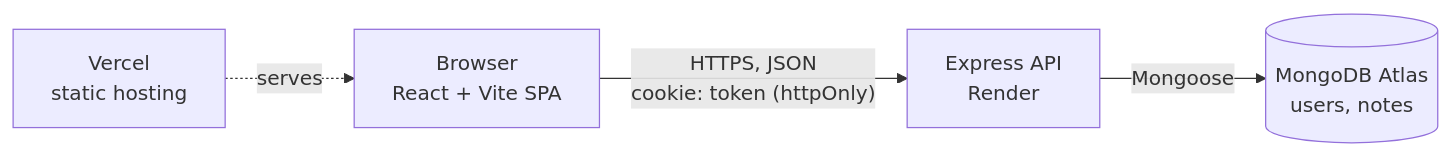
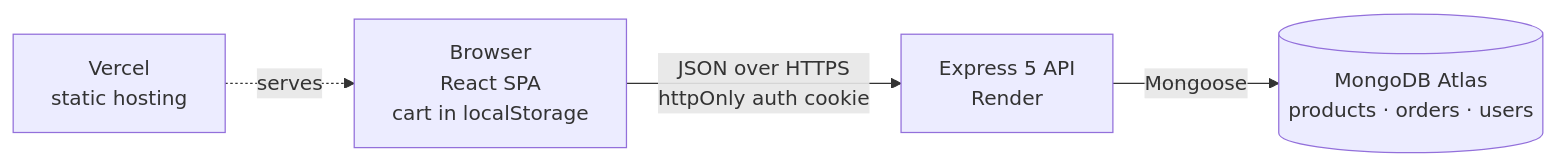
Before and after one commit to Guard33/notepad-app: the diagram in README.md, drawn with Mermaid. The commit also changed other lines of this file and 70 other files, not shown here.

````diff
--- a/README.md
+++ b/README.md
@@ -28,6 +42,6 @@
 ```mermaid
 flowchart LR
-  B["Browser<br/>React + Vite SPA"] -- "HTTPS, JSON<br/>cookie: token (httpOnly)" --> A["Express API<br/>Render"]
+  B["Browser<br/>React SPA<br/>cart in localStorage"] -- "JSON over HTTPS<br/>httpOnly auth cookie" --> A["Express 5 API<br/>Render"]
   V["Vercel<br/>static hosting"] -. serves .-> B
-  A -- Mongoose --> M[("MongoDB Atlas<br/>users, notes")]
+  A -- Mongoose --> M[("MongoDB Atlas<br/>products · orders · users")]
 ```
````
